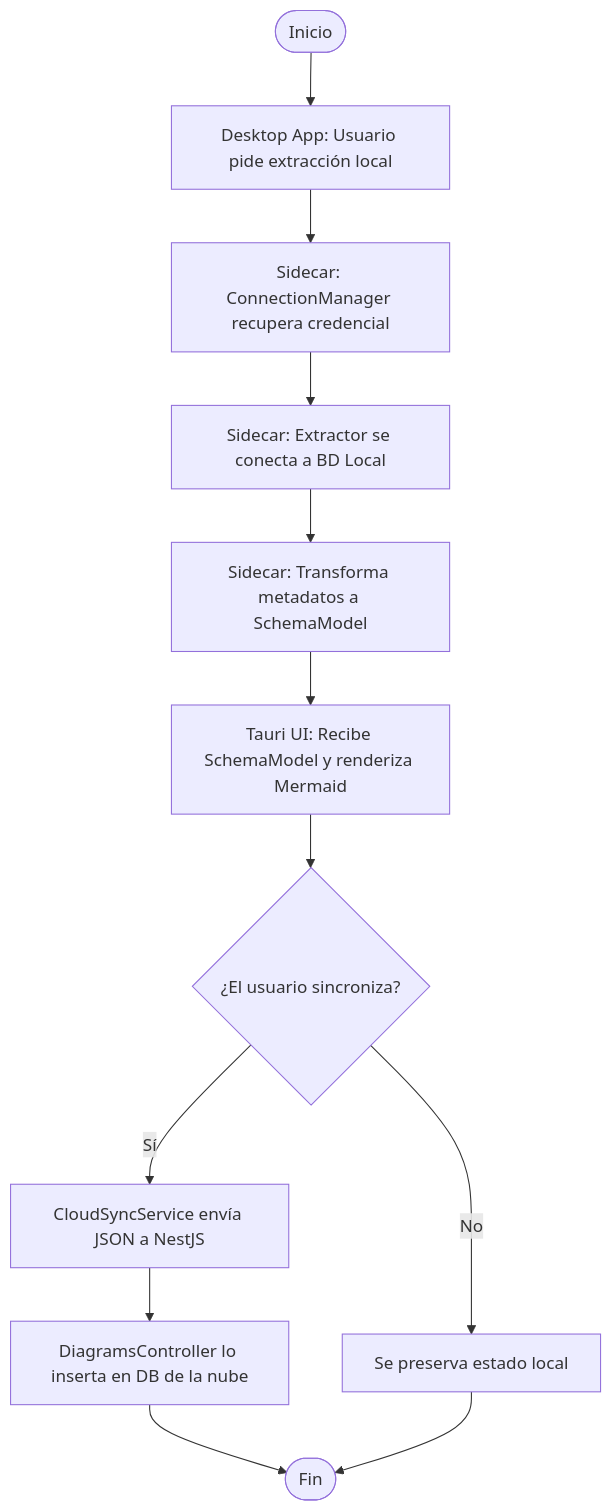
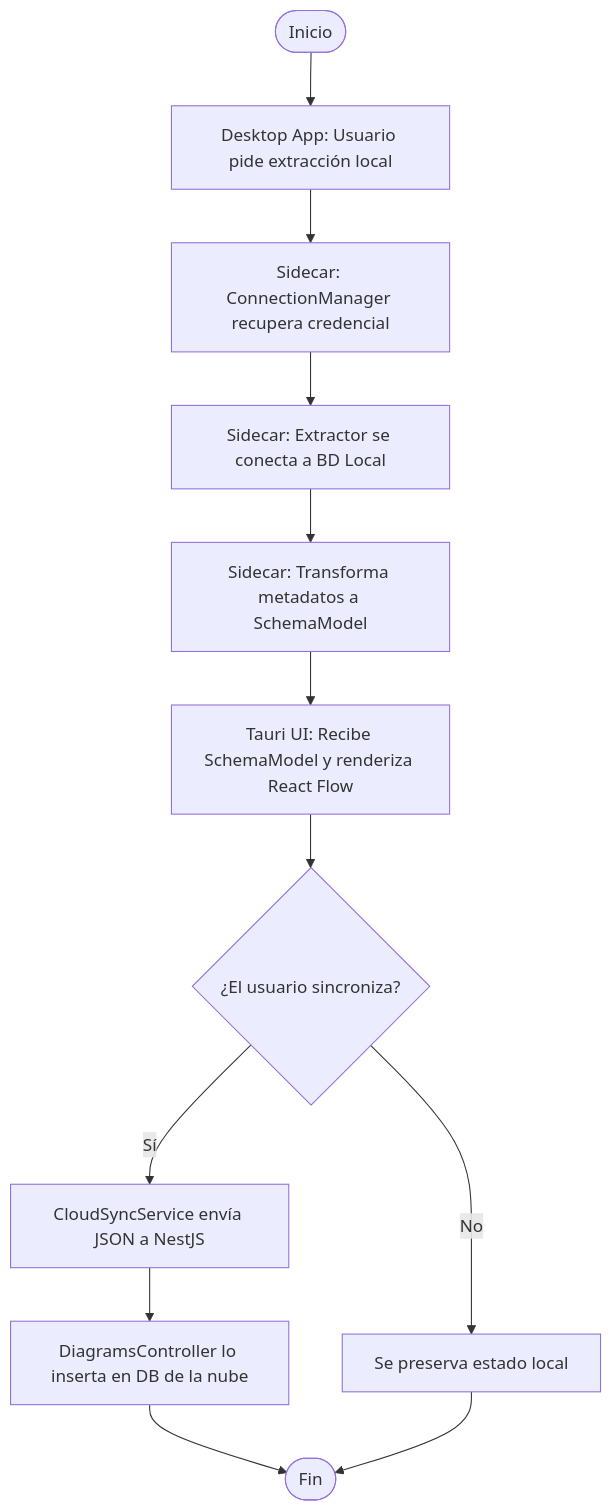
Before and after one commit to UPT-FAING-EPIS/proyecto-si783-2026-i-u3-generador_diagramas_bd: diagram 25 of 46 in docs/formatos/FD03-Informe-Especificacion-Requerimientos.md, drawn with Mermaid. The commit also changed other lines of this file and 6 other files, not shown here.

````diff
--- a/docs/formatos/FD03-Informe-Especificacion-Requerimientos.md
+++ b/docs/formatos/FD03-Informe-Especificacion-Requerimientos.md
@@ -846,14 +846,14 @@
 ```mermaid
 flowchart TD
     A(["Inicio"]) --> B["Desktop App: Usuario pide extracción local"]
     B --> C["Sidecar: ConnectionManager recupera credencial"]
     C --> D["Sidecar: Extractor se conecta a BD Local"]
     D --> E["Sidecar: Transforma metadatos a SchemaModel"]
-    E --> F["Tauri UI: Recibe SchemaModel y renderiza Mermaid"]
+    E --> F["Tauri UI: Recibe SchemaModel y renderiza React Flow"]
     F --> G{"¿El usuario sincroniza?"}
     G -- "Sí" --> H["CloudSyncService envía JSON a NestJS"]
     H --> I["DiagramsController lo inserta en DB de la nube"]
     G -- "No" --> J["Se preserva estado local"]
     I --> K(["Fin"])
     J --> K
 ```
````
